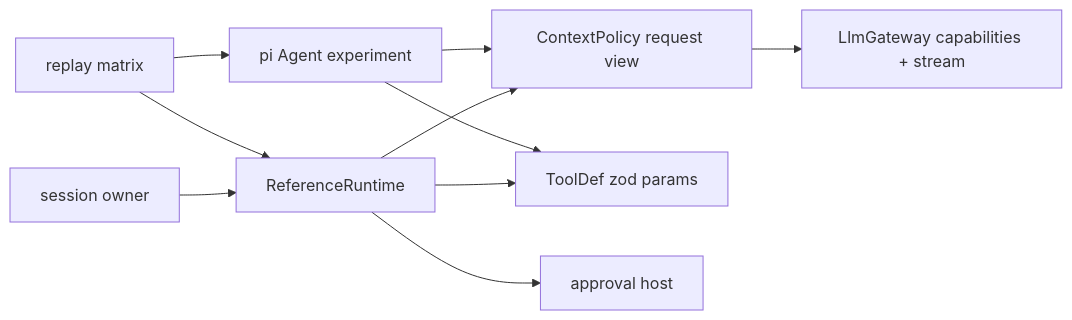
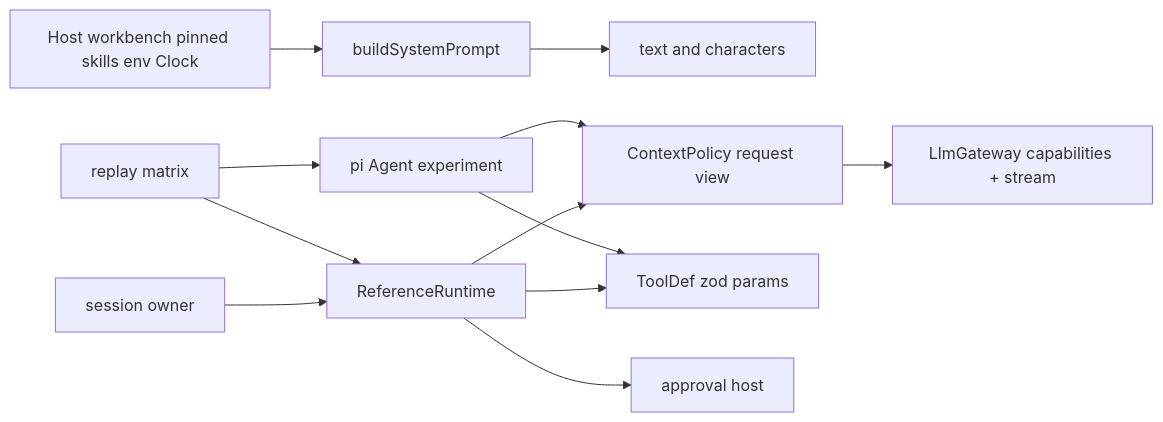
The diagram in .agentic/knowledge/agent-runtime.md (DDP-Engineering/2026_Virtual_Embedded_Rig_Assistant), drawn with Mermaid before and after one commit. The commit also changed other lines of this file and 13 other files, not shown here.

First line of the commit message:
feat(core): implement WP-12 system prompt builder (#12, TASK-8786a3e7)

````diff
--- a/.agentic/knowledge/agent-runtime.md
+++ b/.agentic/knowledge/agent-runtime.md
@@ -40,12 +47,14 @@
 ```mermaid
 flowchart LR
+ Host[Host workbench pinned skills env Clock] --> Prompt[buildSystemPrompt]
+ Prompt --> PromptResult[text and characters]
  Session[session owner] --> Runtime[ReferenceRuntime]
  Runtime --> Context[ContextPolicy request view]
  Context --> Gateway[LlmGateway capabilities + stream]
  Runtime --> Tool[ToolDef zod params]
  Runtime --> Approval[approval host]
  Harness[replay matrix] --> Runtime
  Harness --> Pi[pi Agent experiment]
  Pi --> Context
  Pi --> Tool
 ```
````
